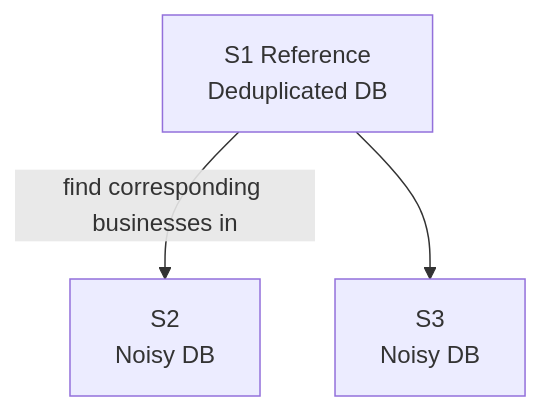
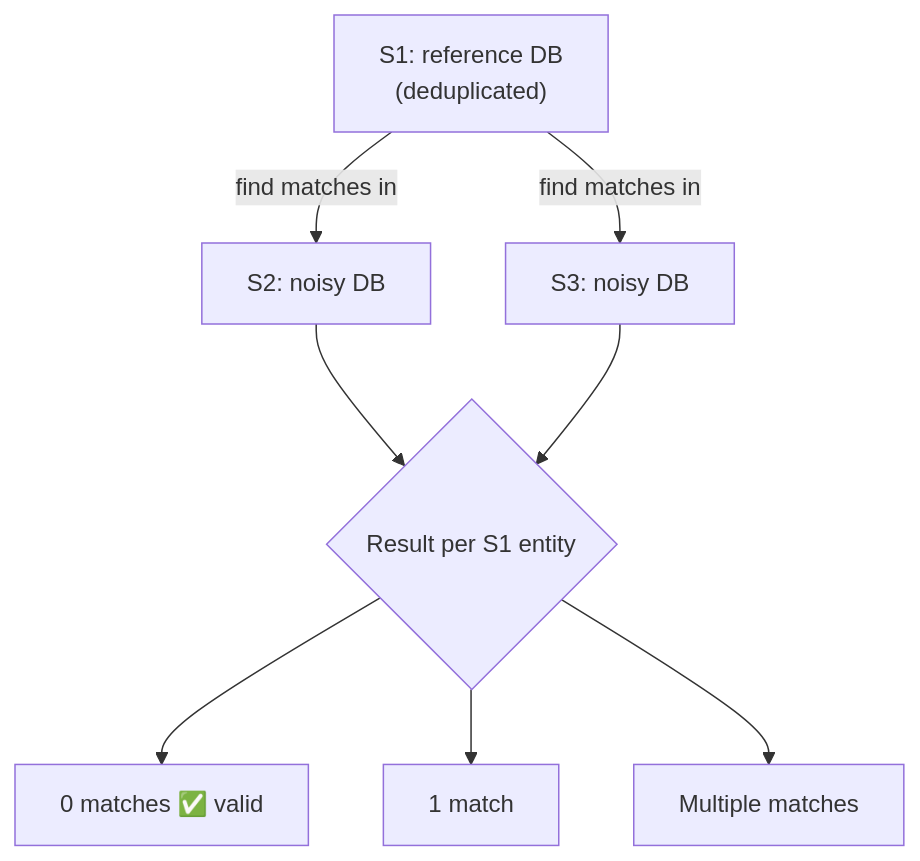
Before and after one commit to DharmiSapariya/Amazom_ML_Challenge_2026: the first of 6 diagrams in README.md, drawn with Mermaid. The commit also changed other lines of this file, not shown here.

````diff
--- a/README.md
+++ b/README.md
@@ -63,5 +95,10 @@
 ```mermaid
 flowchart TD
-    S1["S1 Reference<br/>Deduplicated DB"] -->|find corresponding businesses in| S2["S2<br/>Noisy DB"]
-    S1 --> S3["S3<br/>Noisy DB"]
+    S1["S1: reference DB<br/>(deduplicated)"] -->|find matches in| S2["S2: noisy DB"]
+    S1 -->|find matches in| S3["S3: noisy DB"]
+    S2 --> R{"Result per S1 entity"}
+    S3 --> R
+    R --> Z["0 matches ✅ valid"]
+    R --> O["1 match"]
+    R --> M["Multiple matches"]
 ```
````
